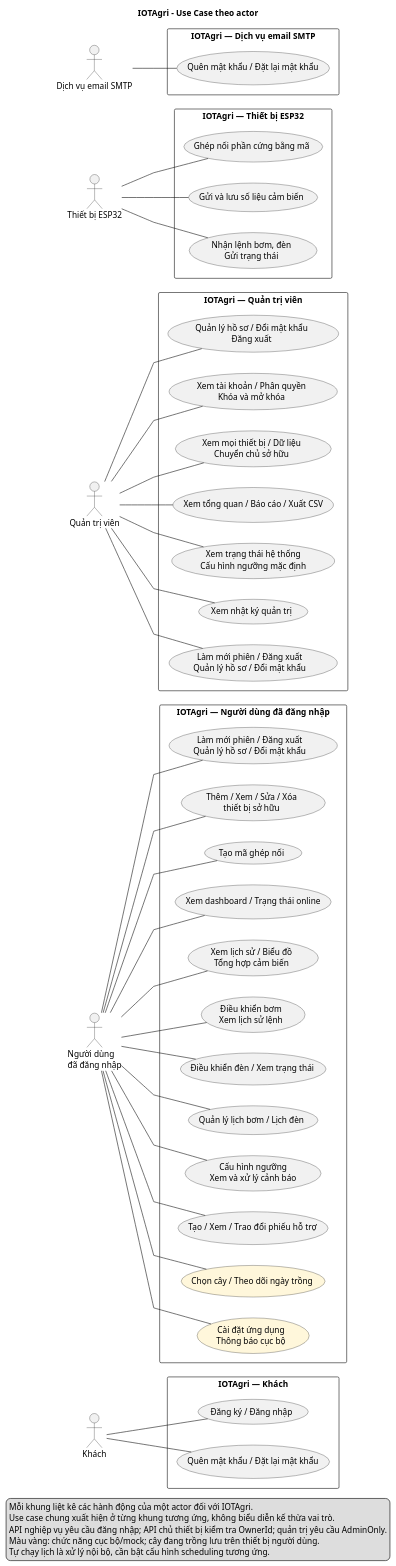
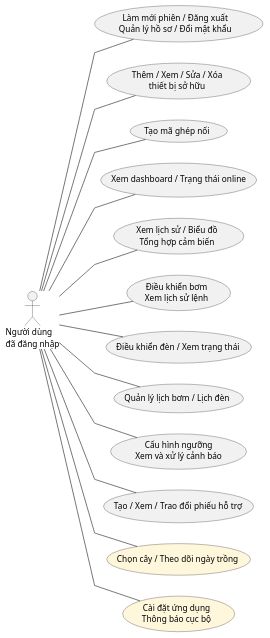
One commit to huuanh1411/IOTAgri changed the second of 5 diagrams in docs/diagrams/use-case.puml. Above: the diagram before and after it, drawn with PlantUML. The commit also changed other lines of this file and 17 other files, not shown here.

Commit message:
docs: center actors in compact use case diagrams

```diff
--- a/docs/diagrams/use-case.puml
+++ b/docs/diagrams/use-case.puml
@@ -1,87 +15,33 @@
-@startuml
+@startuml use-case-user
 left to right direction
 skinparam actorStyle stickman
-skinparam packageStyle rectangle
 skinparam shadowing false
 skinparam linetype polyline
-title IOTAgri - Use Case theo actor
-' Mỗi actor có một khung riêng; use case chung được lặp lại theo vai trò.
-
-actor "Khách" as Guest
-rectangle "IOTAgri — Khách" as GuestFrame {
-  usecase "Đăng ký / Đăng nhập" as GuestUC1
-  usecase "Quên mật khẩu / Đặt lại mật khẩu" as GuestUC2
-}
-Guest -- GuestUC1
-Guest -- GuestUC2
-
+' Một sơ đồ cho mỗi actor; không dùng khung bao.
+' SVG do render-use-cases.py xuất có actor ở giữa, use case tỏa ra hai bên.
 actor "Người dùng\nđã đăng nhập" as User
-rectangle "IOTAgri — Người dùng đã đăng nhập" as UserFrame {
-  usecase "Làm mới phiên / Đăng xuất\nQuản lý hồ sơ / Đổi mật khẩu" as UserUC1
-  usecase "Thêm / Xem / Sửa / Xóa\nthiết bị sở hữu" as UserUC2
-  usecase "Tạo mã ghép nối" as UserUC3
-  usecase "Xem dashboard / Trạng thái online" as UserUC4
-  usecase "Xem lịch sử / Biểu đồ\nTổng hợp cảm biến" as UserUC5
-  usecase "Điều khiển bơm\nXem lịch sử lệnh" as UserUC6
-  usecase "Điều khiển đèn / Xem trạng thái" as UserUC7
-  usecase "Quản lý lịch bơm / Lịch đèn" as UserUC8
-  usecase "Cấu hình ngưỡng\nXem và xử lý cảnh báo" as UserUC9
-  usecase "Tạo / Xem / Trao đổi phiếu hỗ trợ" as UserUC10
-  usecase "Chọn cây / Theo dõi ngày trồng" as UserUC11 #FFF7DB
-  usecase "Cài đặt ứng dụng\nThông báo cục bộ" as UserUC12 #FFF7DB
-}
+usecase "Làm mới phiên / Đăng xuất\nQuản lý hồ sơ / Đổi mật khẩu" as UserUC1
+usecase "Thêm / Xem / Sửa / Xóa\nthiết bị sở hữu" as UserUC2
+usecase "Tạo mã ghép nối" as UserUC3
+usecase "Xem dashboard / Trạng thái online" as UserUC4
+usecase "Xem lịch sử / Biểu đồ\nTổng hợp cảm biến" as UserUC5
+usecase "Điều khiển bơm\nXem lịch sử lệnh" as UserUC6
+usecase "Điều khiển đèn / Xem trạng thái" as UserUC7
+usecase "Quản lý lịch bơm / Lịch đèn" as UserUC8
+usecase "Cấu hình ngưỡng\nXem và xử lý cảnh báo" as UserUC9
+usecase "Tạo / Xem / Trao đổi phiếu hỗ trợ" as UserUC10
+usecase "Chọn cây / Theo dõi ngày trồng" as UserUC11 #FFF7DB
+usecase "Cài đặt ứng dụng\nThông báo cục bộ" as UserUC12 #FFF7DB
 User -- UserUC1
 User -- UserUC2
 User -- UserUC3
 User -- UserUC4
 User -- UserUC5
 User -- UserUC6
 User -- UserUC7
 User -- UserUC8
 User -- UserUC9
 User -- UserUC10
 User -- UserUC11
 User -- UserUC12
-
-actor "Quản trị viên" as Admin
-rectangle "IOTAgri — Quản trị viên" as AdminFrame {
-  usecase "Quản lý hồ sơ / Đổi mật khẩu\nĐăng xuất" as AdminUC1
-  usecase "Xem tài khoản / Phân quyền\nKhóa và mở khóa" as AdminUC2
-  usecase "Xem mọi thiết bị / Dữ liệu\nChuyển chủ sở hữu" as AdminUC3
-  usecase "Xem tổng quan / Báo cáo / Xuất CSV" as AdminUC4
-  usecase "Xem trạng thái hệ thống\nCấu hình ngưỡng mặc định" as AdminUC5
-  usecase "Xem nhật ký quản trị" as AdminUC6
-  usecase "Làm mới phiên / Đăng xuất\nQuản lý hồ sơ / Đổi mật khẩu" as AdminUC7
-}
-Admin -- AdminUC1
-Admin -- AdminUC2
-Admin -- AdminUC3
-Admin -- AdminUC4
-Admin -- AdminUC5
-Admin -- AdminUC6
-Admin -- AdminUC7
-
-actor "Thiết bị ESP32" as ESP
-rectangle "IOTAgri — Thiết bị ESP32" as ESPFrame {
-  usecase "Ghép nối phần cứng bằng mã" as ESPUC1
-  usecase "Gửi và lưu số liệu cảm biến" as ESPUC2
-  usecase "Nhận lệnh bơm, đèn\nGửi trạng thái" as ESPUC3
-}
-ESP -- ESPUC1
-ESP -- ESPUC2
-ESP -- ESPUC3
-
-actor "Dịch vụ email SMTP" as SMTP
-rectangle "IOTAgri — Dịch vụ email SMTP" as SMTPFrame {
-  usecase "Quên mật khẩu / Đặt lại mật khẩu" as SMTPUC1
-}
-SMTP -- SMTPUC1
-
-legend bottom
-  Mỗi khung liệt kê các hành động của một actor đối với IOTAgri.
-  Use case chung xuất hiện ở từng khung tương ứng, không biểu diễn kế thừa vai trò.
-  API nghiệp vụ yêu cầu đăng nhập; API chủ thiết bị kiểm tra OwnerId; quản trị yêu cầu AdminOnly.
-  Màu vàng: chức năng cục bộ/mock; cây đang trồng lưu trên thiết bị người dùng.
-  Tự chạy lịch là xử lý nội bộ, cần bật cấu hình scheduling tương ứng.
-endlegend
 @enduml
```
